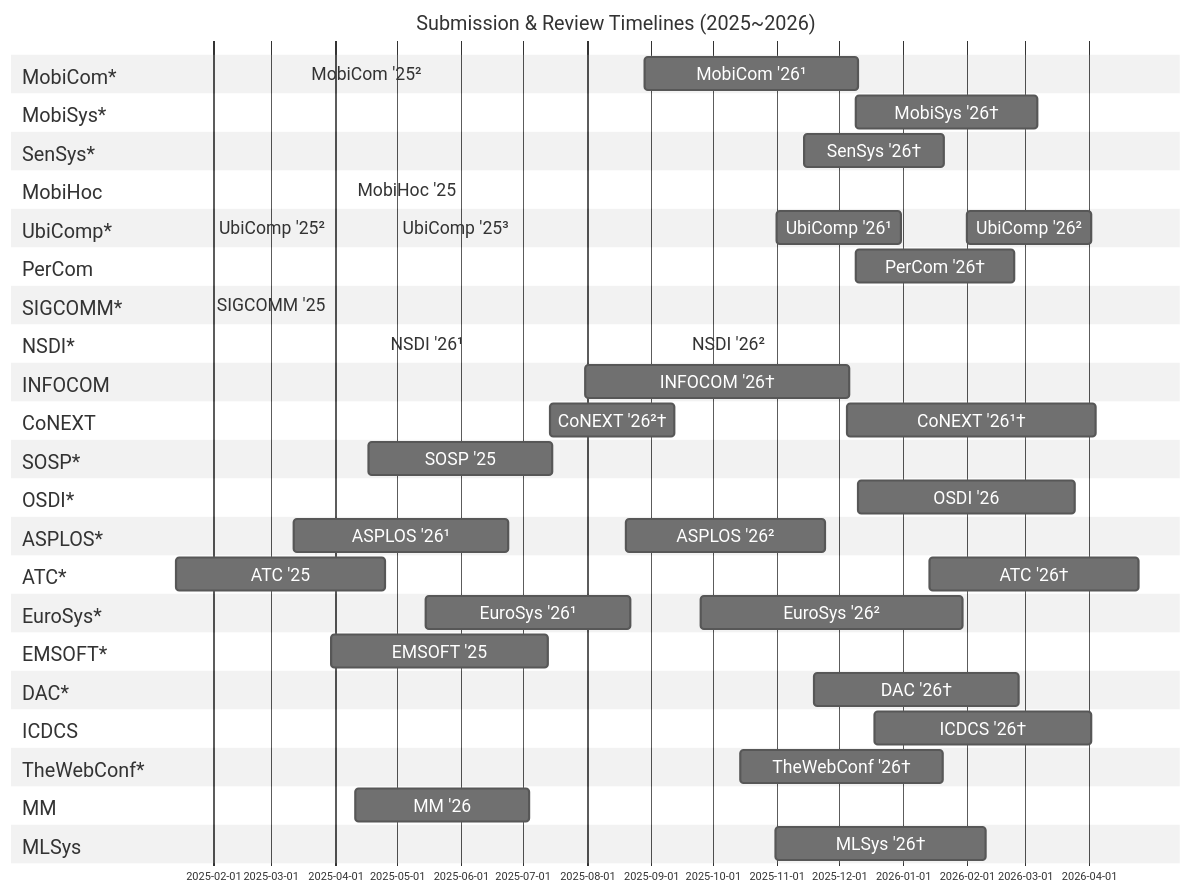
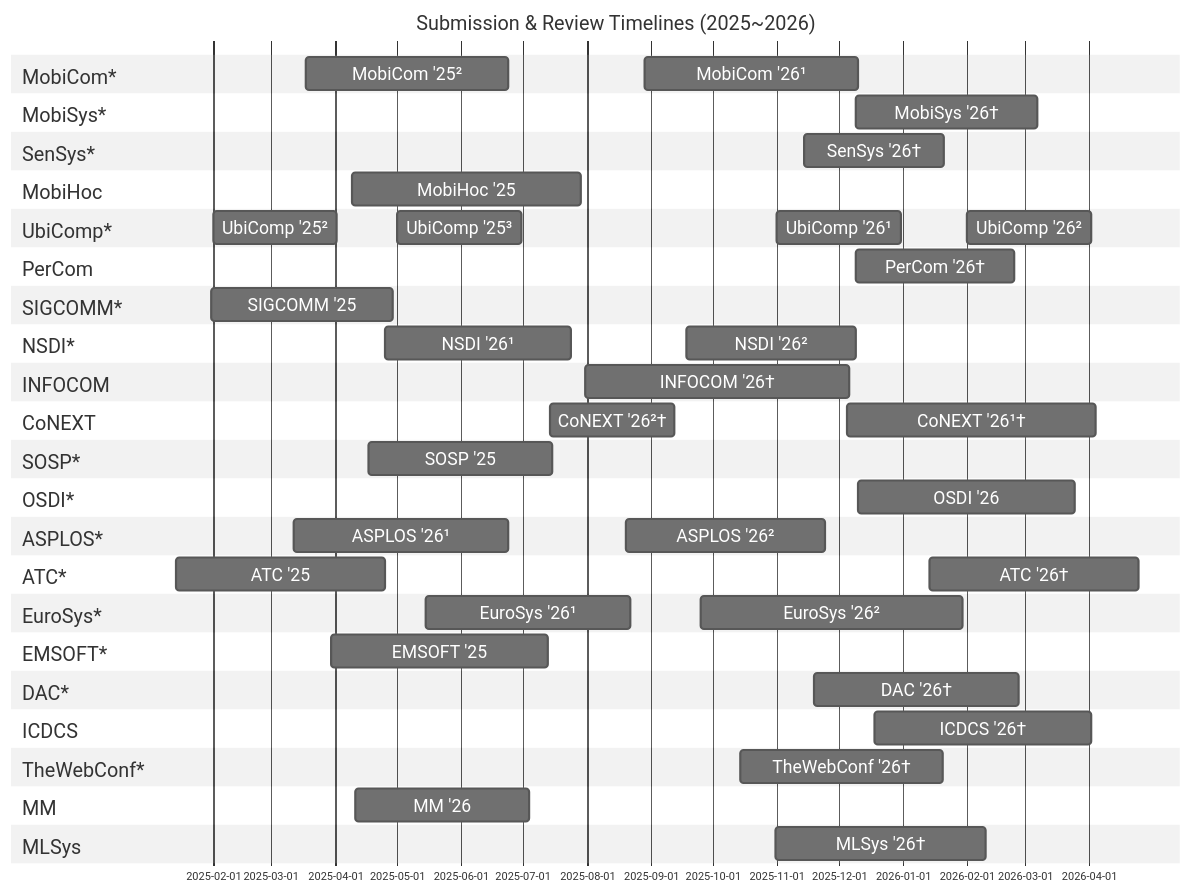
The diagram in README.md (iamseonghoon/Mobile-Systems-Conference-Timelines), drawn with Mermaid before and after one commit.

```diff
--- a/README.md
+++ b/README.md
@@ -26,7 +26,7 @@
     %% Mobile
     %% --------------------------
     section MobiCom*
-    MobiCom '25² :mobicom25-review2, 2025-03-18, 98d  %% https://www.sigmobile.org/mobicom/2025/cfp.html
+    MobiCom '25² :mobicom25-review2, 2025-03-18, 98d
     MobiCom '26¹ :mobicom26-review1, 2025-08-29, 103d
 
     section MobiSys*
@@ -36,11 +36,11 @@
     SenSys '26† :sensys26-review, 2025-11-14, 68d
 
     section MobiHoc
-    MobiHoc '25 :mobihoc25-review, 2025-04-09, 111d %% https://www.sigmobile.org/mobihoc/2025/cfp.html
+    MobiHoc '25 :mobihoc25-review, 2025-04-09, 111d
 
     section UbiComp*
-    UbiComp '25² :ubicomp25-review3, 2025-02-01, 60d %% https://www.ubicomp.org/ubicomp-iswc-2025/authors/
-    UbiComp '25³ :ubicomp25-review2, 2025-05-01, 60d %% https://www.ubicomp.org/ubicomp-iswc-2025/authors/
+    UbiComp '25² :ubicomp25-review3, 2025-02-01, 60d
+    UbiComp '25³ :ubicomp25-review2, 2025-05-01, 60d
     UbiComp '26¹ :ubicomp25-review1, 2025-11-01, 60d
     UbiComp '26² :ubicomp26-review3, 2026-02-01, 60d
 
@@ -51,11 +51,11 @@
     %% Network
     %% --------------------------
     section SIGCOMM*
-    SIGCOMM '25 :sigcomm25-review, 2025-01-31, 88d %% https://conferences.sigcomm.org/sigcomm/2025/cfp/
+    SIGCOMM '25 :sigcomm25-review, 2025-01-31, 88d
 
     section NSDI*
-    NSDI '26¹ :nsdi26-review1, 2025-04-25, 90d %% https://www.usenix.org/conference/nsdi26/call-for-papers
-    NSDI '26² :nsdi26-review2, 2025-09-18, 82d %% https://www.usenix.org/conference/nsdi26/call-for-papers
+    NSDI '26¹ :nsdi26-review1, 2025-04-25, 90d
+    NSDI '26² :nsdi26-review2, 2025-09-18, 82d
 
     section INFOCOM
     INFOCOM '26† :infocom26-review, 2025-07-31, 128d
```
